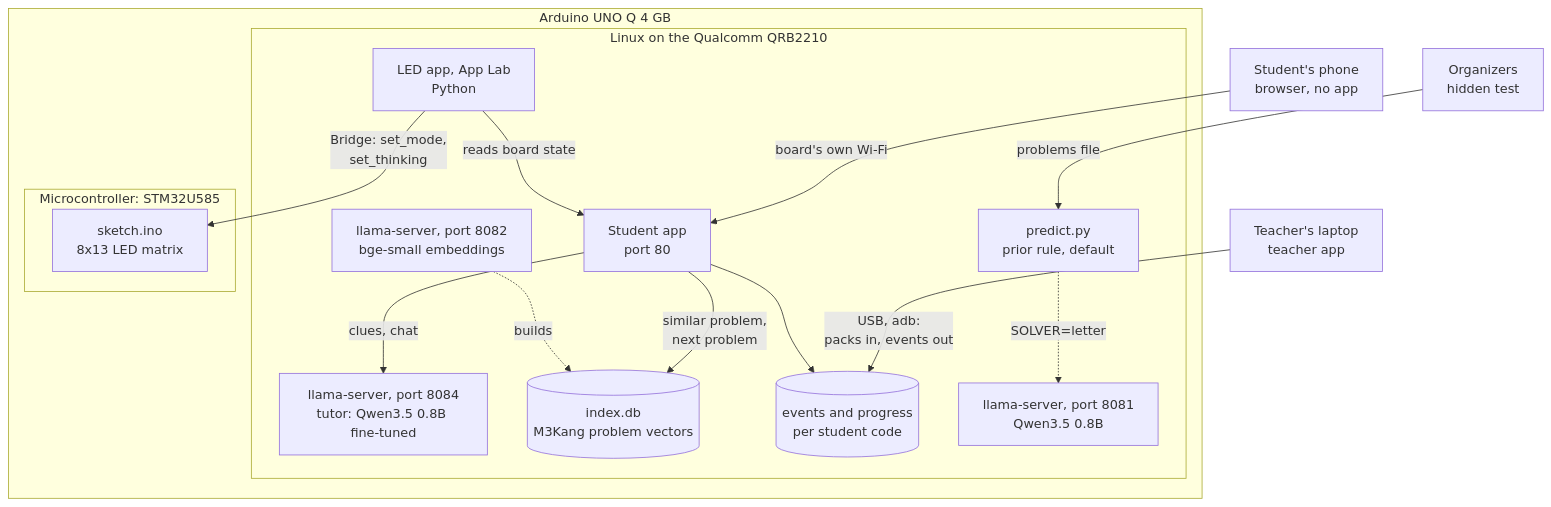
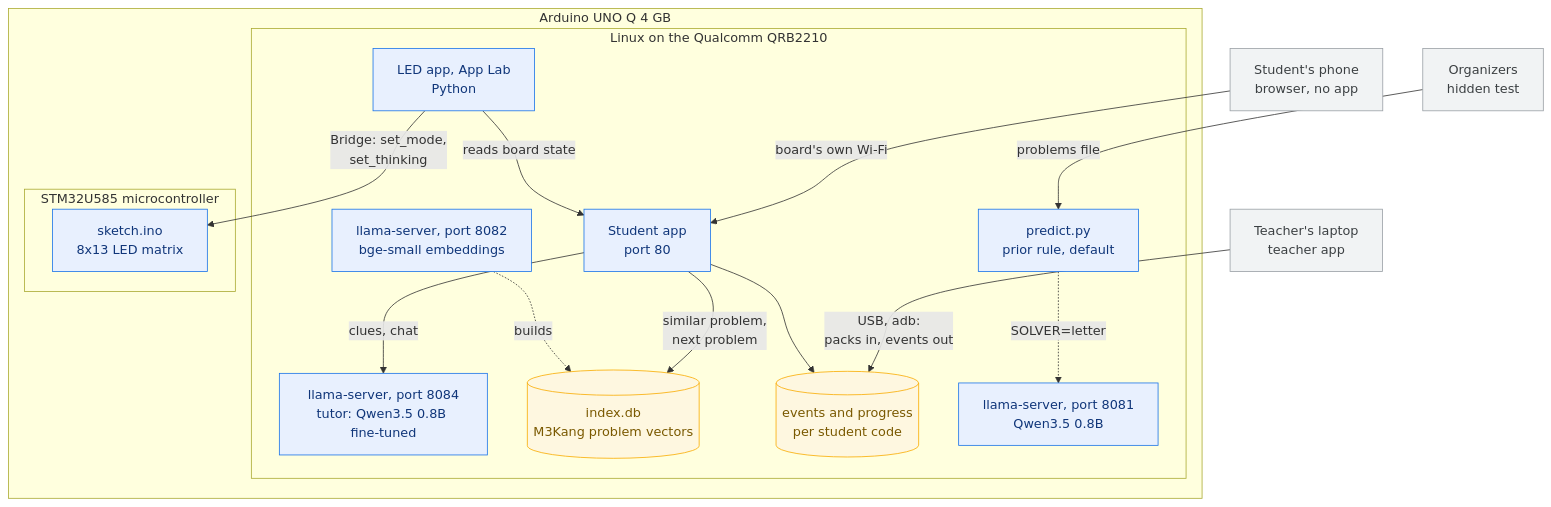
The third of 5 diagrams in README.md (Sigkaio636/Santolina_tutor), drawn with Mermaid before and after one commit. The commit also changed other lines of this file, not shown here.

First line of the commit message:
README: diagrams for free mode, chat messages and predict.py

````diff
--- a/README.md
+++ b/README.md
@@ -89,33 +137,37 @@
 ```mermaid
 flowchart TB
-  phone["Student's phone<br/>browser, no app"]
-  laptop["Teacher's laptop<br/>teacher app"]
-  jury["Organizers<br/>hidden test"]
+  classDef internal fill:#E8F0FE,stroke:#1A73E8,color:#10367A;
+  classDef external fill:#F1F3F4,stroke:#9AA0A6,color:#3C4043;
+  classDef store    fill:#FEF7E0,stroke:#F9AB00,color:#7A5900;
+
+  phone["Student's phone<br/>browser, no app"]:::external
+  laptop["Teacher's laptop<br/>teacher app"]:::external
+  jury["Organizers<br/>hidden test"]:::external
 
   subgraph board["Arduino UNO Q 4 GB"]
     subgraph linux["Linux on the Qualcomm QRB2210"]
-      app["Student app<br/>port 80"]
-      tutor["llama-server, port 8084<br/>tutor: Qwen3.5 0.8B fine-tuned"]
-      embed["llama-server, port 8082<br/>bge-small embeddings"]
-      index[("index.db<br/>M3Kang problem vectors")]
-      store[("events and progress<br/>per student code")]
-      predict["predict.py<br/>prior rule, default"]
-      llm["llama-server, port 8081<br/>Qwen3.5 0.8B"]
-      ledpy["LED app, App Lab<br/>Python"]
+      app["Student app<br/>port 80"]:::internal
+      tutor["llama-server, port 8084<br/>tutor: Qwen3.5 0.8B fine-tuned"]:::internal
+      embed["llama-server, port 8082<br/>bge-small embeddings"]:::internal
+      index[("index.db<br/>M3Kang problem vectors")]:::store
+      store[("events and progress<br/>per student code")]:::store
+      predict["predict.py<br/>prior rule, default"]:::internal
+      llm["llama-server, port 8081<br/>Qwen3.5 0.8B"]:::internal
+      ledpy["LED app, App Lab<br/>Python"]:::internal
     end
-    subgraph mcu["Microcontroller: STM32U585"]
-      sketch["sketch.ino<br/>8x13 LED matrix"]
+    subgraph mcu["STM32U585 microcontroller"]
+      sketch["sketch.ino<br/>8x13 LED matrix"]:::internal
     end
   end
 
   phone -- "board's own Wi-Fi" --> app
   laptop -- "USB, adb:<br/>packs in, events out" --> store
   app -- "clues, chat" --> tutor
   app -- "similar problem,<br/>next problem" --> index
   embed -. "builds" .-> index
   app --> store
   jury -- "problems file" --> predict
   predict -. "SOLVER=letter" .-> llm
   ledpy -- "reads board state" --> app
   ledpy -- "Bridge: set_mode,<br/>set_thinking" --> sketch
 ```
````
